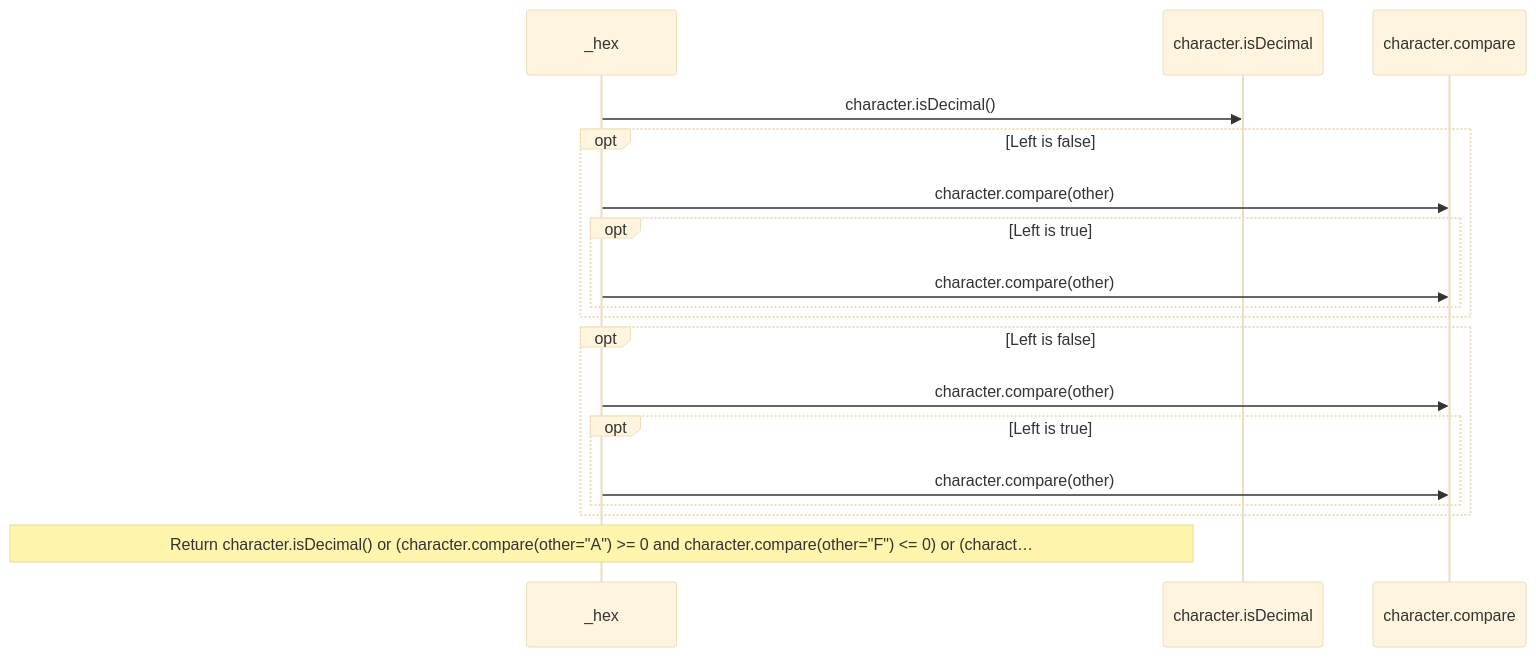
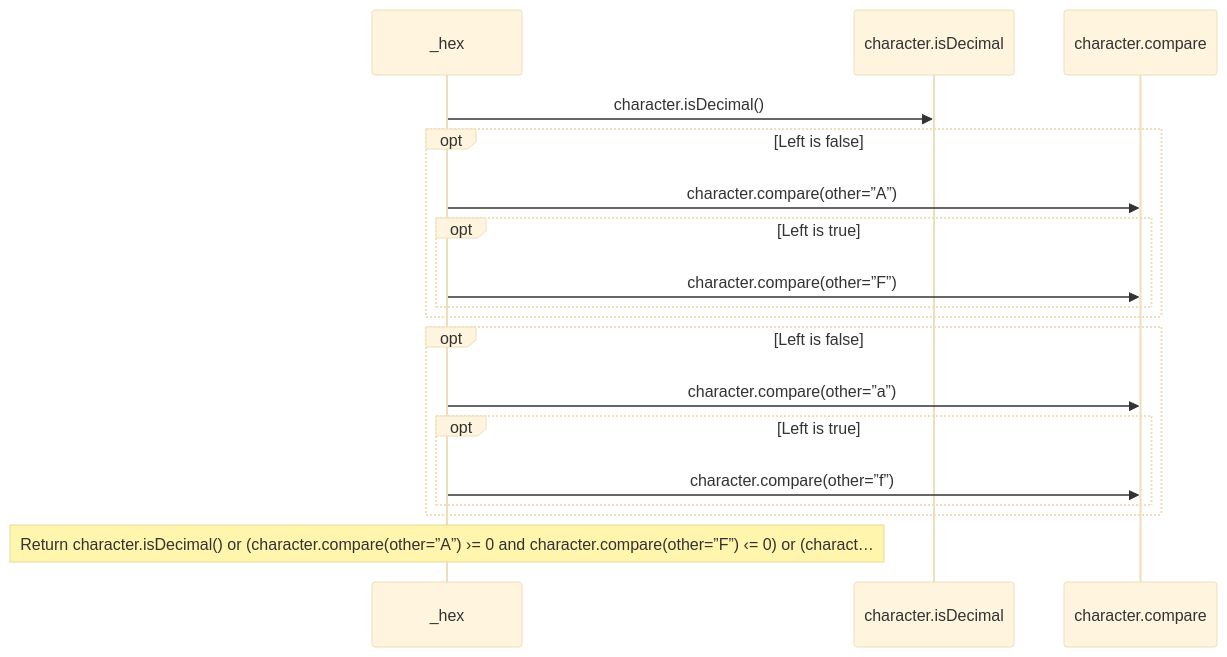
Before and after one commit to GreenPandaStudios/augscript: the tenth of 10 diagrams in src/stdlib/values/urls.aug.diagrams.md, drawn with Mermaid (base theme). The commit also changed other lines of this file and 524 other files, not shown here.

Commit message:
Explain checked data flow at folder and service levels

````diff
--- a/src/stdlib/values/urls.aug.diagrams.md
+++ b/src/stdlib/values/urls.aug.diagrams.md
@@ -378,20 +383,20 @@
 ```mermaid
 sequenceDiagram
     participant p0 as _hex
     participant p1 as character.isDecimal
     participant p2 as character.compare
     p0->>p1: character.isDecimal()
     opt Left is false
-    p0->>p2: character.compare(other)
+    p0->>p2: character.compare(other=”A”)
     opt Left is true
-    p0->>p2: character.compare(other)
+    p0->>p2: character.compare(other=”F”)
     end
     end
     opt Left is false
-    p0->>p2: character.compare(other)
+    p0->>p2: character.compare(other=”a”)
     opt Left is true
-    p0->>p2: character.compare(other)
+    p0->>p2: character.compare(other=”f”)
     end
     end
-    Note over p0: Return character.isDecimal() or (character.compare(other=#34;A#34;) #62;= 0 and character.compare(other=#34;F#34;) #60;= 0) or (charact…
+    Note over p0: Return character.isDecimal() or (character.compare(other=”A”) ›= 0 and character.compare(other=”F”) ‹= 0) or (charact…
 ```
````
